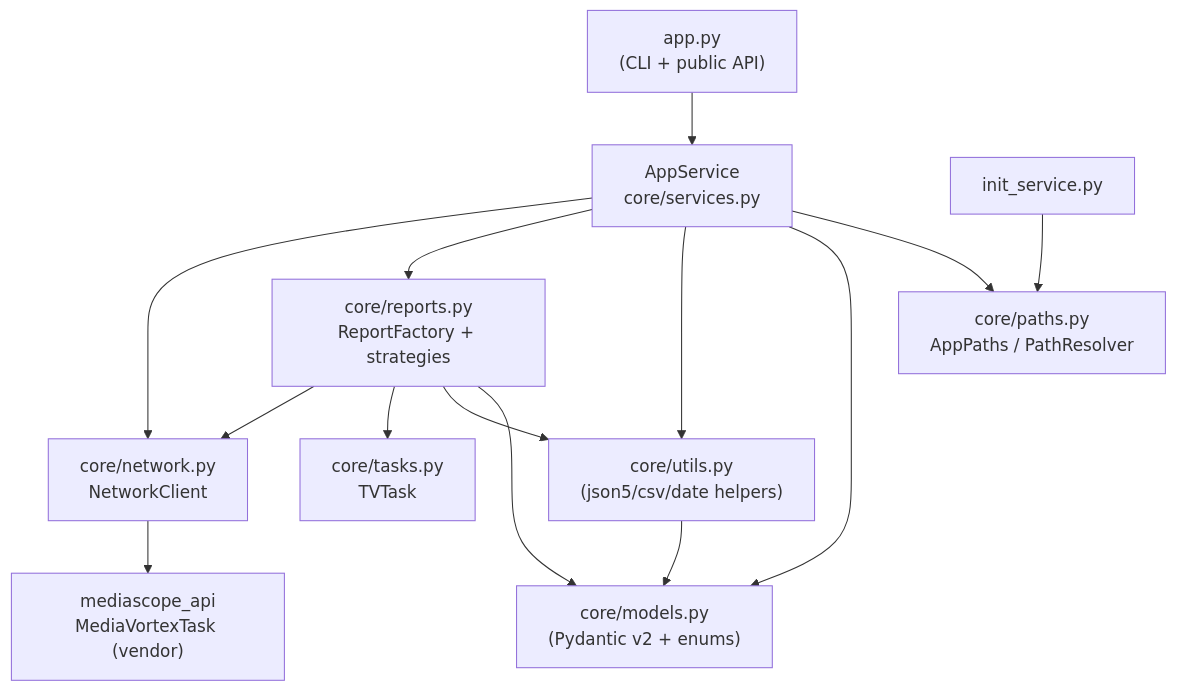
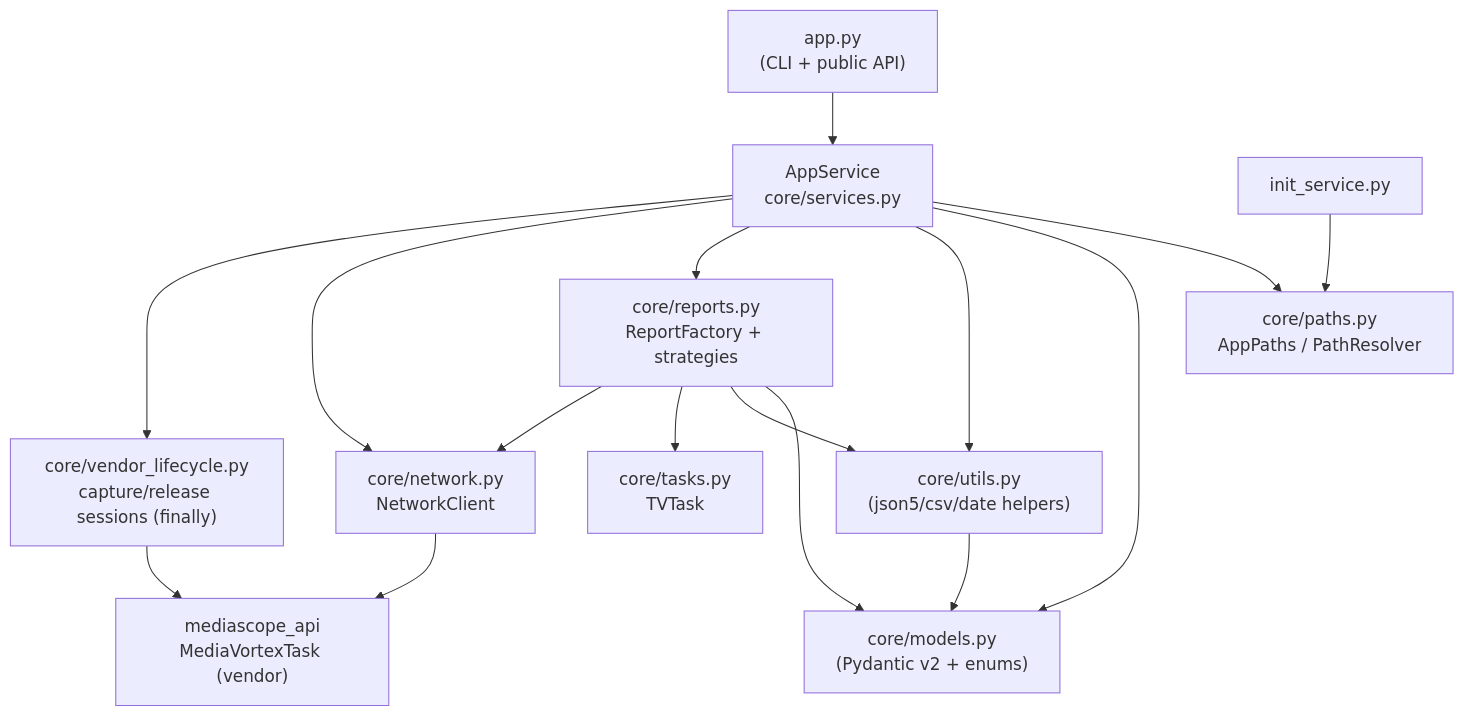
One commit to manicko/mko_get_mediascope_data changed the second of 4 diagrams in docs/00-overview/system-architecture.md. Above: the diagram before and after it, drawn with Mermaid. The commit also changed other lines of this file and 4 other files, not shown here.

````diff
--- a/docs/00-overview/system-architecture.md
+++ b/docs/00-overview/system-architecture.md
@@ -81,16 +82,18 @@
 ```mermaid
 flowchart TD
     APP["app.py<br/>(CLI + public API)"] --> SVC["AppService<br/>core/services.py"]
     INIT["init_service.py"] --> PATHS["core/paths.py<br/>AppPaths / PathResolver"]
     SVC --> PATHS
     SVC --> MODELS["core/models.py<br/>(Pydantic v2 + enums)"]
     SVC --> UTILS["core/utils.py<br/>(json5/csv/date helpers)"]
     SVC --> REPORTS["core/reports.py<br/>ReportFactory + strategies"]
     REPORTS --> MODELS
     REPORTS --> UTILS
     REPORTS --> TASKS["core/tasks.py<br/>TVTask"]
     REPORTS --> NET["core/network.py<br/>NetworkClient"]
     SVC --> NET
+    SVC --> VENDOR_LIFECYCLE["core/vendor_lifecycle.py<br/>capture/release sessions (finally)"]
+    VENDOR_LIFECYCLE --> VENDOR
     NET --> VENDOR["mediascope_api<br/>MediaVortexTask (vendor)"]
     UTILS --> MODELS
 ```
````
